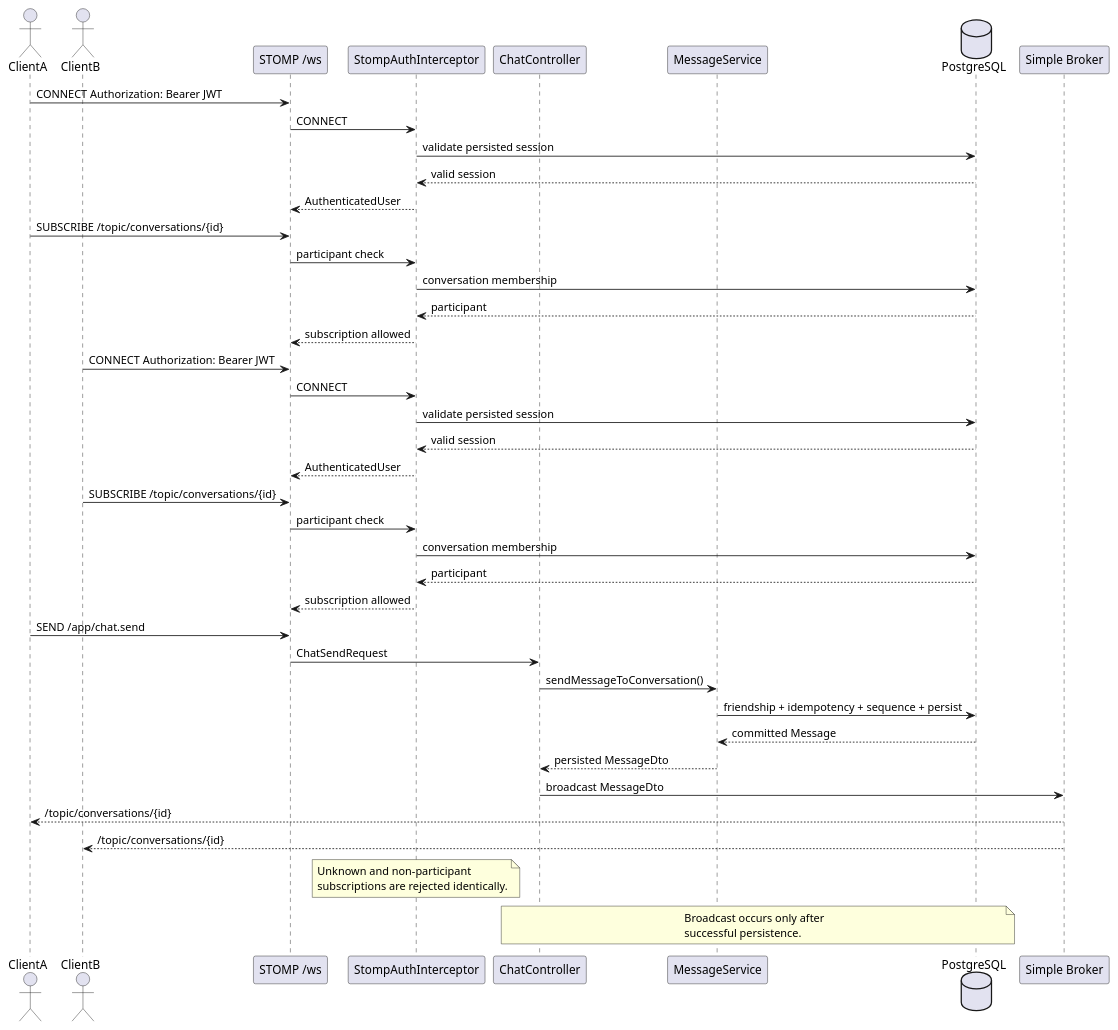
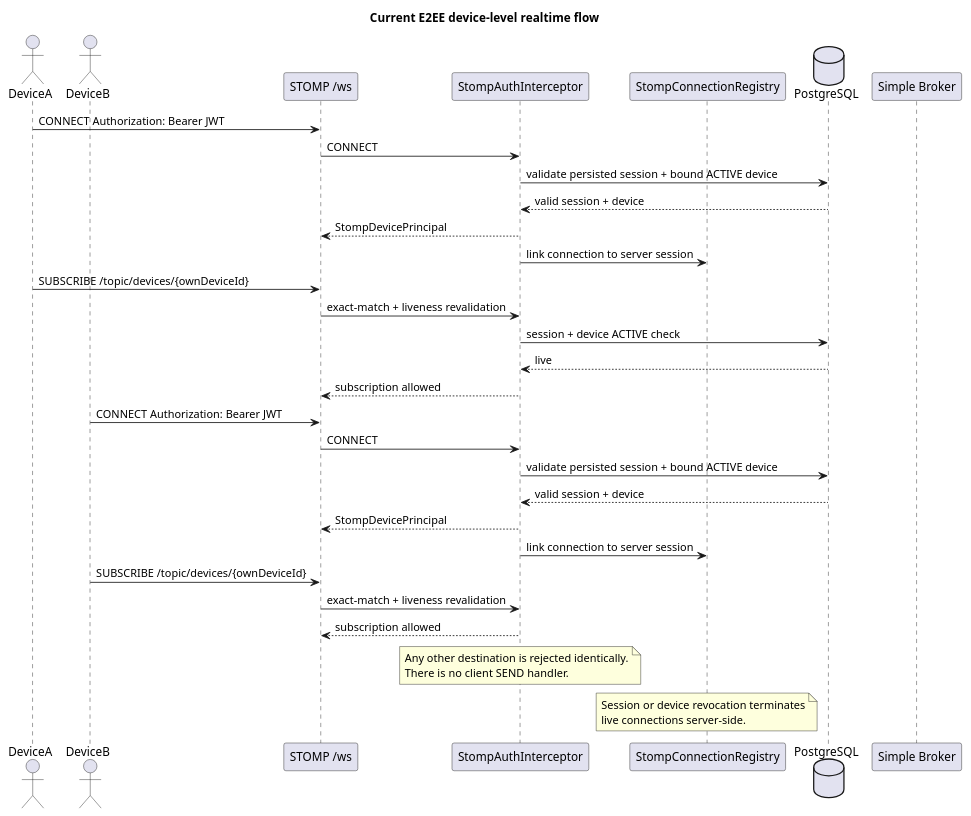
The diagram in docs/architecture/diagrams/current-realtime-message-flow.puml (animesh0404/samvaad-server), drawn with PlantUML before and after one commit. The commit also changed 17 other files, not shown here.

Commit message:
docs: reconcile current E2EE messaging architecture

```diff
--- a/docs/architecture/diagrams/current-realtime-message-flow.puml
+++ b/docs/architecture/diagrams/current-realtime-message-flow.puml
@@ -1,53 +1,44 @@
 @startuml
-actor ClientA
-actor ClientB
+title Current E2EE device-level realtime flow
+
+actor DeviceA
+actor DeviceB
 participant "STOMP /ws" as WS
 participant "StompAuthInterceptor" as AUTH
-participant "ChatController" as CHAT
-participant "MessageService" as MSG
+participant "StompConnectionRegistry" as REG
 database PostgreSQL as DB
 participant "Simple Broker" as BROKER
 
-ClientA -> WS: CONNECT Authorization: Bearer JWT
+DeviceA -> WS: CONNECT Authorization: Bearer JWT
 WS -> AUTH: CONNECT
-AUTH -> DB: validate persisted session
-DB --> AUTH: valid session
-AUTH --> WS: AuthenticatedUser
+AUTH -> DB: validate persisted session + bound ACTIVE device
+DB --> AUTH: valid session + device
+AUTH --> WS: StompDevicePrincipal
+AUTH -> REG: link connection to server session
 
-ClientA -> WS: SUBSCRIBE /topic/conversations/{id}
-WS -> AUTH: participant check
-AUTH -> DB: conversation membership
-DB --> AUTH: participant
+DeviceA -> WS: SUBSCRIBE /topic/devices/{ownDeviceId}
+WS -> AUTH: exact-match + liveness revalidation
+AUTH -> DB: session + device ACTIVE check
+DB --> AUTH: live
 AUTH --> WS: subscription allowed
 
-ClientB -> WS: CONNECT Authorization: Bearer JWT
+DeviceB -> WS: CONNECT Authorization: Bearer JWT
 WS -> AUTH: CONNECT
-AUTH -> DB: validate persisted session
-DB --> AUTH: valid session
-AUTH --> WS: AuthenticatedUser
-ClientB -> WS: SUBSCRIBE /topic/conversations/{id}
-WS -> AUTH: participant check
-AUTH -> DB: conversation membership
-DB --> AUTH: participant
+AUTH -> DB: validate persisted session + bound ACTIVE device
+DB --> AUTH: valid session + device
+AUTH --> WS: StompDevicePrincipal
+AUTH -> REG: link connection to server session
+DeviceB -> WS: SUBSCRIBE /topic/devices/{ownDeviceId}
+WS -> AUTH: exact-match + liveness revalidation
 AUTH --> WS: subscription allowed
 
-ClientA -> WS: SEND /app/chat.send
-WS -> CHAT: ChatSendRequest
-CHAT -> MSG: sendMessageToConversation()
-MSG -> DB: friendship + idempotency + sequence + persist
-DB --> MSG: committed Message
-MSG --> CHAT: persisted MessageDto
-CHAT -> BROKER: broadcast MessageDto
-BROKER --> ClientA: /topic/conversations/{id}
-BROKER --> ClientB: /topic/conversations/{id}
-
 note over AUTH
-Unknown and non-participant
-subscriptions are rejected identically.
+Any other destination is rejected identically.
+There is no client SEND handler.
 end note
 
-note over CHAT,DB
-Broadcast occurs only after
-successful persistence.
+note over REG
+Session or device revocation terminates
+live connections server-side.
 end note
 @enduml
```
